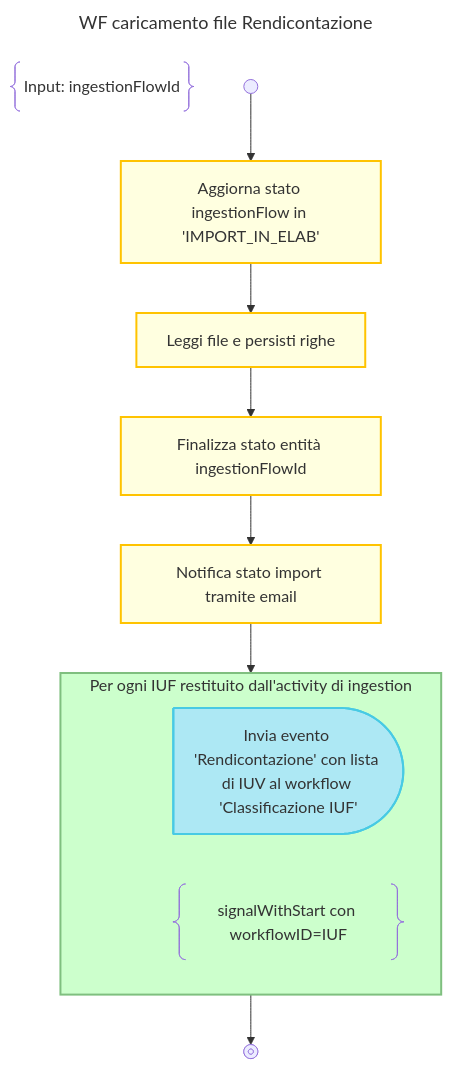
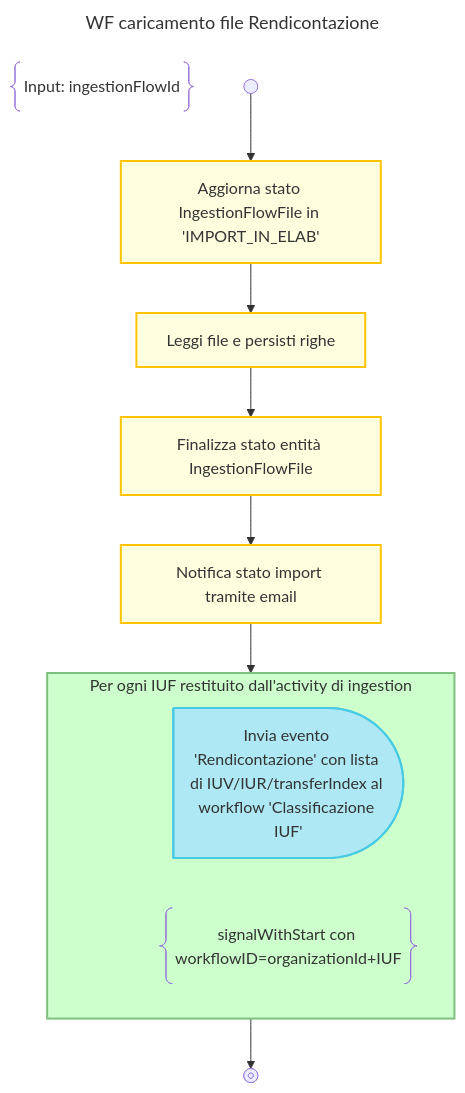
Before and after one commit to pagopa/p4pa-doc: the diagram in design/workflow/classificazioneIncassi/03.rendicontazione-ingestion.mmd, drawn with Mermaid. The commit also changed 20 other files, not shown here.

Commit message:
fix classification sequencing by orgId+IUV+IUR+transferIndex

```diff
--- a/design/workflow/classificazioneIncassi/03.rendicontazione-ingestion.mmd
+++ b/design/workflow/classificazioneIncassi/03.rendicontazione-ingestion.mmd
@@ -1,30 +1,30 @@
 ---
 title: WF caricamento file Rendicontazione
 ---
 flowchart TD
     DESCRIPTION@{ shape: braces, label: "Input: ingestionFlowId" }
     START@{shape: start} -->
-    UPDATE_STATUS_INELAB:::activity@{label: "Aggiorna stato ingestionFlow in 'IMPORT_IN_ELAB'"} -->
+    UPDATE_STATUS_INELAB:::activity@{label: "Aggiorna stato IngestionFlowFile in 'IMPORT_IN_ELAB'"} -->
     INGESTION:::activity@{label: "Leggi file e persisti righe"} -->
-    UPDATE_STATUS_COMPLETE:::activity@{label: "Finalizza stato entità ingestionFlowId"} -->
+    UPDATE_STATUS_COMPLETE:::activity@{label: "Finalizza stato entità IngestionFlowFile"} -->
     SEND_EMAIL:::activity@{label: "Notifica stato import tramite email"} -->
 
     LOOP
 
     subgraph LOOP["Per ogni IUF restituito dall'activity di ingestion"]
 
         %% dummy block added to have an empty line
         DUMMY:::disable-->SIGNAL
         linkStyle 5 display:none;
 
-        SIGNAL:::send-signal@{shape: delay, label: "Invia evento 'Rendicontazione' con lista di IUV al workflow 'Classificazione IUF'"}
-        NOTE@{ shape: braces, label: "signalWithStart con workflowID=IUF" }
+        SIGNAL:::send-signal@{shape: delay, label: "Invia evento 'Rendicontazione' con lista di IUV/IUR/transferIndex al workflow 'Classificazione IUF'"}
+        NOTE@{ shape: braces, label: "signalWithStart con workflowID=organizationId+IUF" }
     end
 
     LOOP --> END@{shape: stop}
     class LOOP loop
 
     classDef disable display:none;
     classDef activity fill:#FFFFE0, stroke:#ffc300, stroke-width:2px;
     classDef loop fill:#CCFFCC, stroke:#7FBF7F, stroke-width:2px, padding-bottom: 5px;
     classDef send-signal fill:#ade8f4, stroke:#48cae4, stroke-width:2px
```
